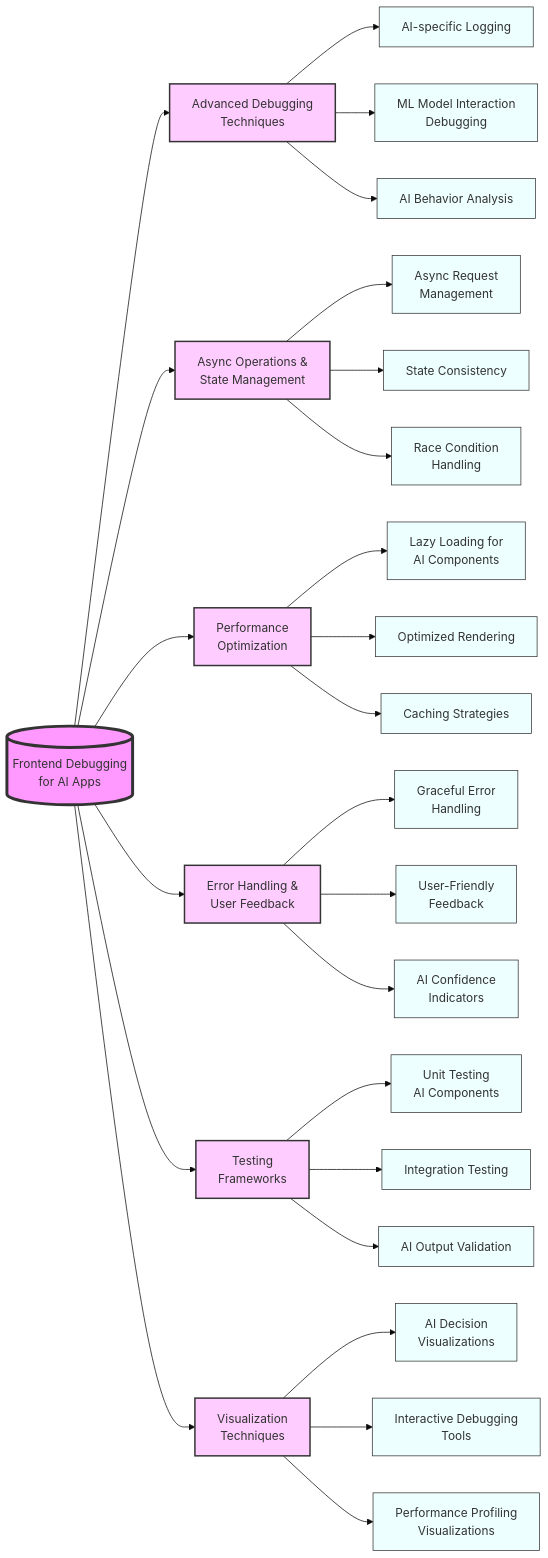
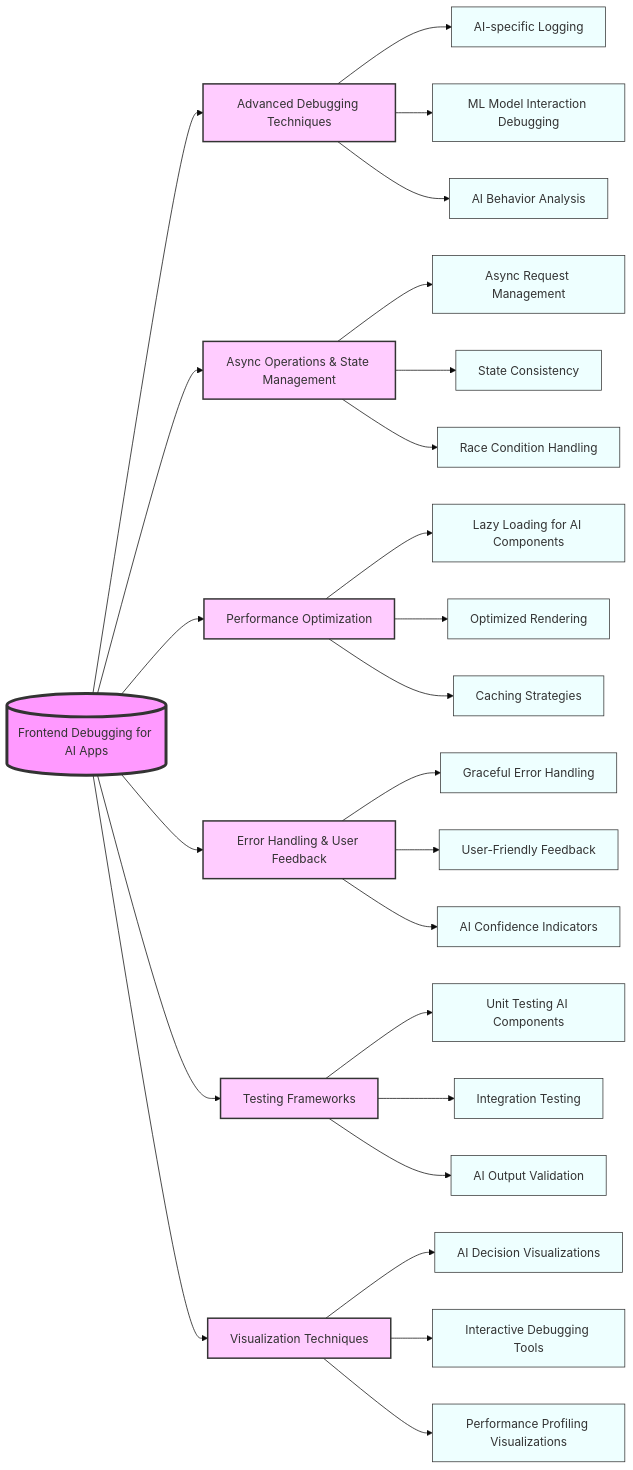
One commit to chenxingqiang/llm-course-chen changed the second of 2 diagrams in notebooks/md/lesson_20_System_Testing_and_Deployment.md. Above: the diagram before and after it, drawn with Mermaid (base theme). The commit also changed 216 other files, not shown here.

````diff
--- a/notebooks/md/lesson_20_System_Testing_and_Deployment.md
+++ b/notebooks/md/lesson_20_System_Testing_and_Deployment.md
@@ -371,45 +371,45 @@
 ```mermaid
 graph LR
-    A[("Frontend Debugging<br/>for AI Apps")]
+    A[("Frontend Debugging for AI Apps")]
     
-    B["Advanced Debugging<br/>Techniques"]
-    C["Async Operations &<br/>State Management"]
-    D["Performance<br/>Optimization"]
-    E["Error Handling &<br/>User Feedback"]
-    F["Testing<br/>Frameworks"]
-    G["Visualization<br/>Techniques"]
+    B["Advanced Debugging Techniques"]
+    C["Async Operations & State Management"]
+    D["Performance Optimization"]
+    E["Error Handling & User Feedback"]
+    F["Testing Frameworks"]
+    G["Visualization Techniques"]
     
     A --> B & C & D & E & F & G
     
     B --> B1["AI-specific Logging"]
-    B --> B2["ML Model Interaction<br/>Debugging"]
+    B --> B2["ML Model Interaction Debugging"]
     B --> B3["AI Behavior Analysis"]
     
-    C --> C1["Async Request<br/>Management"]
+    C --> C1["Async Request Management"]
     C --> C2["State Consistency"]
-    C --> C3["Race Condition<br/>Handling"]
+    C --> C3["Race Condition Handling"]
     
-    D --> D1["Lazy Loading for<br/>AI Components"]
+    D --> D1["Lazy Loading for AI Components"]
     D --> D2["Optimized Rendering"]
     D --> D3["Caching Strategies"]
     
-    E --> E1["Graceful Error<br/>Handling"]
-    E --> E2["User-Friendly<br/>Feedback"]
-    E --> E3["AI Confidence<br/>Indicators"]
+    E --> E1["Graceful Error Handling"]
+    E --> E2["User-Friendly Feedback"]
+    E --> E3["AI Confidence Indicators"]
     
-    F --> F1["Unit Testing<br/>AI Components"]
+    F --> F1["Unit Testing AI Components"]
     F --> F2["Integration Testing"]
     F --> F3["AI Output Validation"]
     
-    G --> G1["AI Decision<br/>Visualizations"]
-    G --> G2["Interactive Debugging<br/>Tools"]
-    G --> G3["Performance Profiling<br/>Visualizations"]
+    G --> G1["AI Decision Visualizations"]
+    G --> G2["Interactive Debugging Tools"]
+    G --> G3["Performance Profiling Visualizations"]
     
     classDef root fill:#f9f,stroke:#333,stroke-width:4px;
     classDef mainTopic fill:#fcf,stroke:#333,stroke-width:2px;
     classDef subTopic fill:#eff,stroke:#333,stroke-width:1px;
     
     class A root;
     class B,C,D,E,F,G mainTopic;
     class B1,B2,B3,C1,C2,C3,D1,D2,D3,E1,E2,E3,F1,F2,F3,G1,G2,G3 subTopic;
 ```
````
